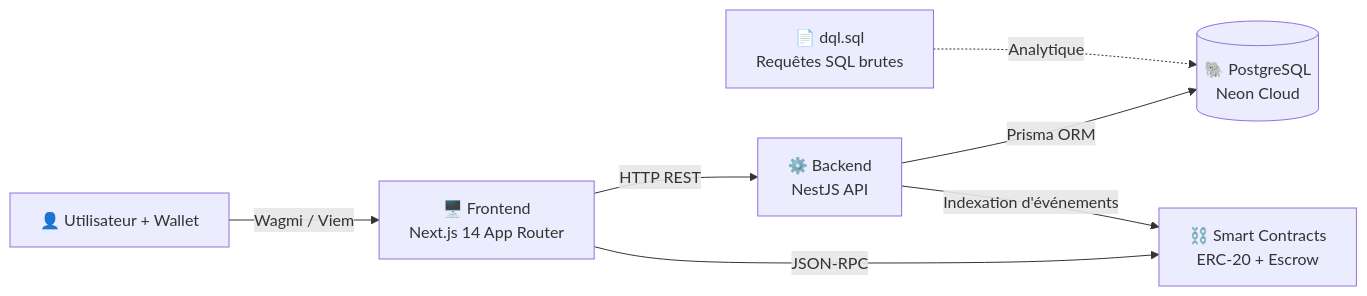
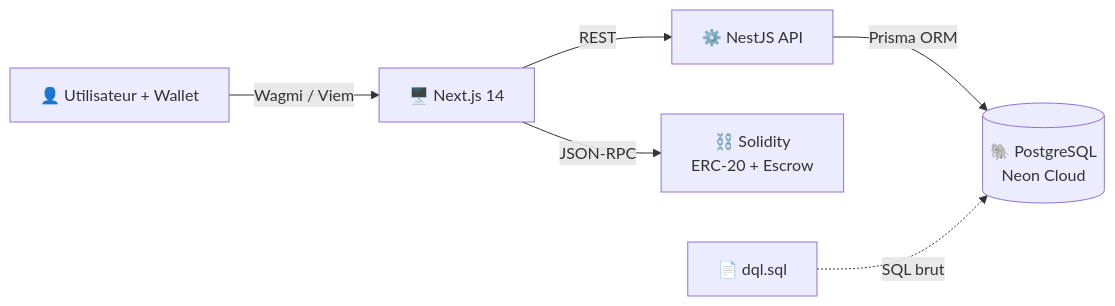
Before and after one commit to fz-hazem/EQUA: the diagram in README.md, drawn with Mermaid. The commit also changed other lines of this file, not shown here.

````diff
--- a/README.md
+++ b/README.md
@@ -59,9 +44,8 @@
 ```mermaid
 flowchart LR
-    U[👤 Utilisateur + Wallet] -->|Wagmi / Viem| FE[🖥️ Frontend<br/>Next.js 14 App Router]
-    FE -->|HTTP REST| BE[⚙️ Backend<br/>NestJS API]
-    FE -->|JSON-RPC| SC[⛓️ Smart Contracts<br/>ERC-20 + Escrow]
+    U[👤 Utilisateur + Wallet] -->|Wagmi / Viem| FE[🖥️ Next.js 14]
+    FE -->|REST| BE[⚙️ NestJS API]
+    FE -->|JSON-RPC| SC[⛓️ Solidity<br/>ERC-20 + Escrow]
     BE -->|Prisma ORM| DB[(🐘 PostgreSQL<br/>Neon Cloud)]
-    BE -->|Indexation d'événements| SC
-    DQL[📄 dql.sql<br/>Requêtes SQL brutes] -.->|Analytique| DB
+    DQL[📄 dql.sql] -.->|SQL brut| DB
 ```
````
